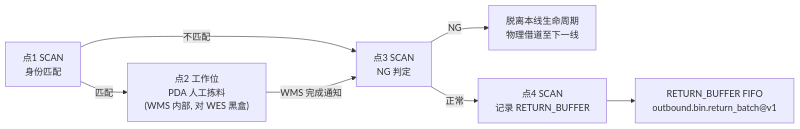
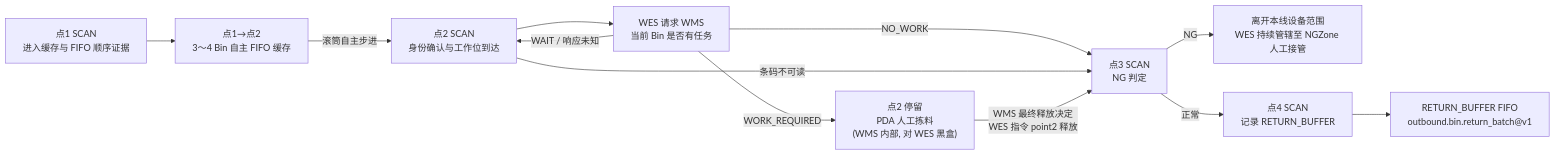
One commit to kaizhoumasha/wes_backend changed the diagram in docs/contracts/wms-manual-outbound-picking-integration-requirements.md. Above: the diagram before and after it, drawn with Mermaid. The commit also changed other lines of this file and 39 other files, not shown here.

````diff
--- a/docs/contracts/wms-manual-outbound-picking-integration-requirements.md
+++ b/docs/contracts/wms-manual-outbound-picking-integration-requirements.md
@@ -58,9 +77,14 @@
 ```mermaid
 flowchart LR
-    P1["点1 SCAN<br/>身份匹配"] -->|匹配| P2["点2 工作位<br/>PDA 人工拣料<br/>(WMS 内部, 对 WES 黑盒)"]
-    P1 -->|不匹配| P3
-    P2 -->|WMS 完成通知| P3["点3 SCAN<br/>NG 判定"]
-    P3 -->|NG| EXIT["脱离本线生命周期<br/>物理借道至下一线"]
+    P1["点1 SCAN<br/>进入缓存与 FIFO 顺序证据"] --> BUF["点1→点2<br/>3～4 Bin 自主 FIFO 缓存"]
+    BUF -->|滚筒自主步进| P2SCAN["点2 SCAN<br/>身份确认与工作位到达"]
+    P2SCAN --> ASK["WES 请求 WMS<br/>当前 Bin 是否有任务"]
+    ASK -->|WORK_REQUIRED| P2["点2 停留<br/>PDA 人工拣料<br/>(WMS 内部, 对 WES 黑盒)"]
+    ASK -->|NO_WORK| P3
+    ASK -->|WAIT / 响应未知| P2SCAN
+    P2SCAN -->|条码不可读| P3
+    P2 -->|WMS 最终释放决定<br/>WES 指令 point2 释放| P3["点3 SCAN<br/>NG 判定"]
+    P3 -->|NG| EXIT["离开本线设备范围<br/>WES 持续管辖至 NGZone 人工接管"]
     P3 -->|正常| P4["点4 SCAN<br/>记录 RETURN_BUFFER"]
     P4 --> RB["RETURN_BUFFER FIFO<br/>outbound.bin.return_batch@v1"]
 ```
````
